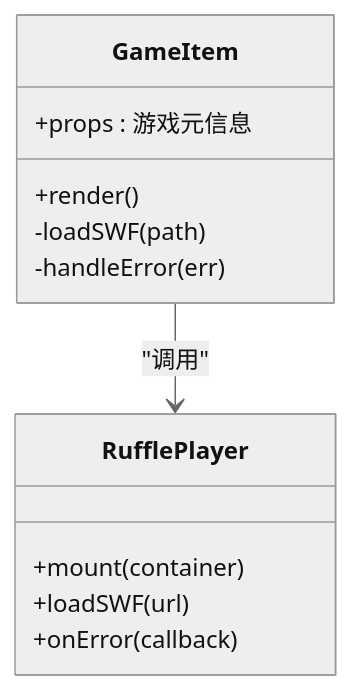
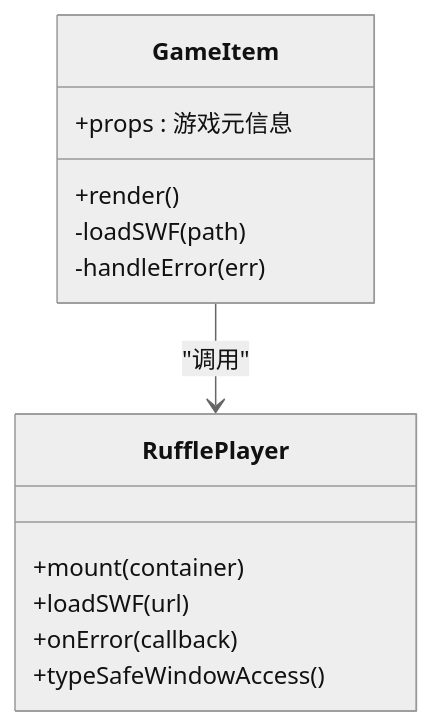
The fourth of 7 diagrams in .qoder/repowiki/zh/content/项目概述/游戏中心功能.md (KTBOY/cali.so), drawn with Mermaid (neutral theme) before and after one commit. The commit also changed other lines of this file and 6607 other files, not shown here.

````diff
--- a/.qoder/repowiki/zh/content/项目概述/游戏中心功能.md
+++ b/.qoder/repowiki/zh/content/项目概述/游戏中心功能.md
@@ -160,15 +170,16 @@
 ```mermaid
 classDiagram
 class GameItem {
 +props : 游戏元信息
 +render()
 -loadSWF(path)
 -handleError(err)
 }
 class RufflePlayer {
 +mount(container)
 +loadSWF(url)
 +onError(callback)
++typeSafeWindowAccess()
 }
 GameItem --> RufflePlayer : "调用"
 ```
````
